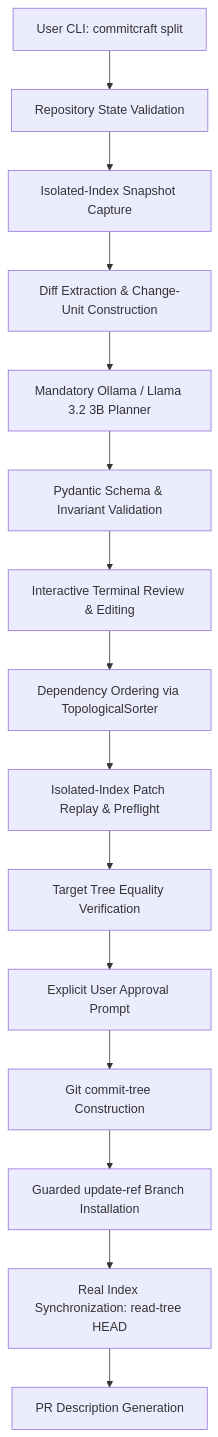
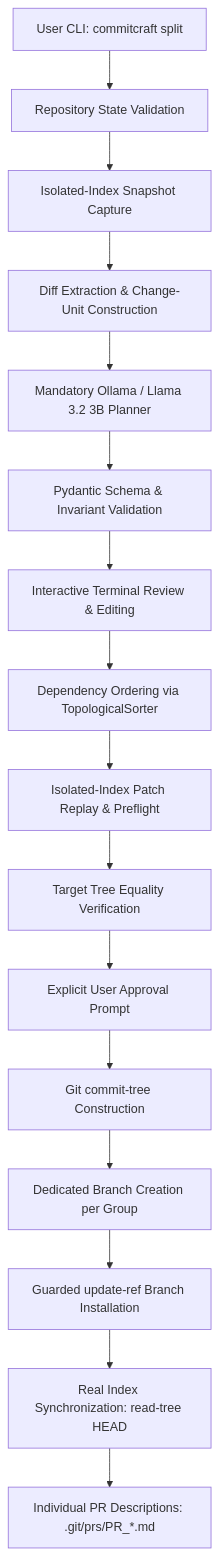
The diagram in README.md (Team-NoName-Devs/CommitCraft), drawn with Mermaid before and after one commit. The commit also changed other lines of this file and 6 other files, not shown here.

First line of the commit message:
feat(pr): generate individual PR descriptions and branches for each commit group (#7)

````diff
--- a/README.md
+++ b/README.md
@@ -28,17 +28,18 @@
 ```mermaid
 flowchart TD
     A[User CLI: commitcraft split] --> B[Repository State Validation]
     B --> C[Isolated-Index Snapshot Capture]
     C --> D[Diff Extraction & Change-Unit Construction]
     D --> E[Mandatory Ollama / Llama 3.2 3B Planner]
     E --> F[Pydantic Schema & Invariant Validation]
     F --> G[Interactive Terminal Review & Editing]
     G --> H[Dependency Ordering via TopologicalSorter]
     H --> I[Isolated-Index Patch Replay & Preflight]
     I --> J[Target Tree Equality Verification]
     J --> K[Explicit User Approval Prompt]
     K --> L[Git commit-tree Construction]
-    L --> M[Guarded update-ref Branch Installation]
-    M --> N[Real Index Synchronization: read-tree HEAD]
-    N --> O[PR Description Generation]
+    L --> M[Dedicated Branch Creation per Group]
+    M --> N[Guarded update-ref Branch Installation]
+    N --> O[Real Index Synchronization: read-tree HEAD]
+    O --> P[Individual PR Descriptions: .git/prs/PR_*.md]
 ```
````
